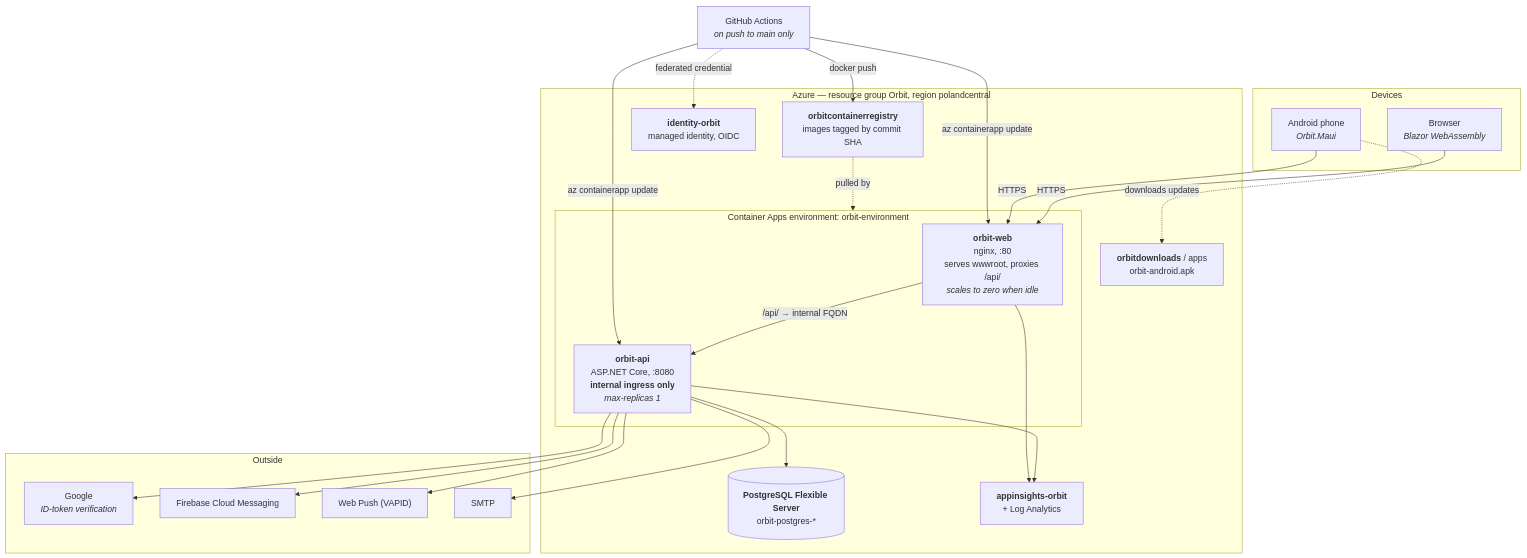
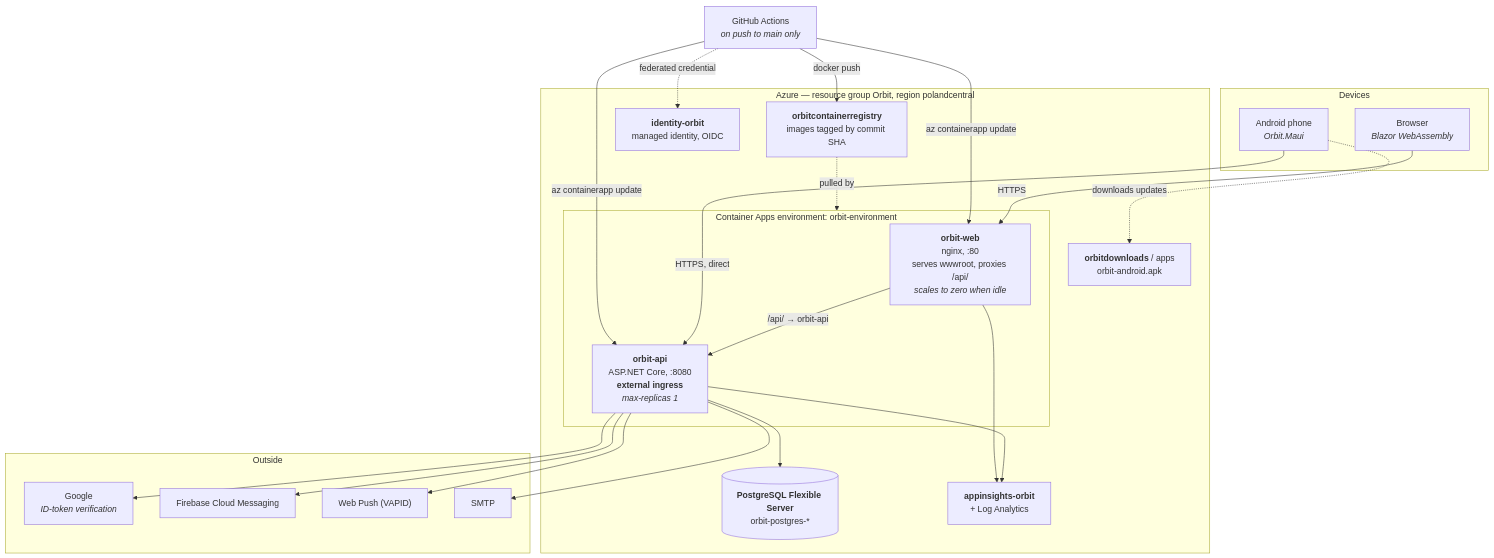
Before and after one commit to NorArax-NeflinOwl/orbit: the first of 2 diagrams in info/uml/deployment.md, drawn with Mermaid. The commit also changed other lines of this file and 7 other files, not shown here.

````diff
--- a/info/uml/deployment.md
+++ b/info/uml/deployment.md
@@ -5,47 +5,47 @@
 ```mermaid
 flowchart TB
     subgraph devices["Devices"]
         browser["Browser<br/><i>Blazor WebAssembly</i>"]
         phone["Android phone<br/><i>Orbit.Maui</i>"]
     end
 
     subgraph azure["Azure — resource group Orbit, region polandcentral"]
         subgraph env["Container Apps environment: orbit-environment"]
             web["<b>orbit-web</b><br/>nginx, :80<br/>serves wwwroot, proxies /api/<br/><i>scales to zero when idle</i>"]
-            api["<b>orbit-api</b><br/>ASP.NET Core, :8080<br/><b>internal ingress only</b><br/><i>max-replicas 1</i>"]
+            api["<b>orbit-api</b><br/>ASP.NET Core, :8080<br/><b>external ingress</b><br/><i>max-replicas 1</i>"]
         end
         pg[("<b>PostgreSQL Flexible Server</b><br/>orbit-postgres-*")]
         acr["<b>orbitcontainerregistry</b><br/>images tagged by commit SHA"]
         blob["<b>orbitdownloads</b> / apps<br/>orbit-android.apk"]
         insights["<b>appinsights-orbit</b><br/>+ Log Analytics"]
         identity["<b>identity-orbit</b><br/>managed identity, OIDC"]
     end
 
     subgraph outside["Outside"]
         google["Google<br/><i>ID-token verification</i>"]
         fcm["Firebase Cloud Messaging"]
         vapid["Web Push (VAPID)"]
         smtp["SMTP"]
     end
 
     gh["GitHub Actions<br/><i>on push to main only</i>"]
 
     browser -->|HTTPS| web
-    phone -->|HTTPS| web
-    web -->|"/api/ → internal FQDN"| api
+    web -->|"/api/ → orbit-api"| api
+    phone -->|"HTTPS, direct"| api
     phone -.->|downloads updates| blob
 
     api --> pg
     api --> insights
     api --> google
     api --> fcm
     api --> vapid
     api --> smtp
     web --> insights
 
     gh -->|docker push| acr
     gh -->|az containerapp update| web
     gh -->|az containerapp update| api
     gh -.->|federated credential| identity
     acr -.->|pulled by| env
 ```
````
